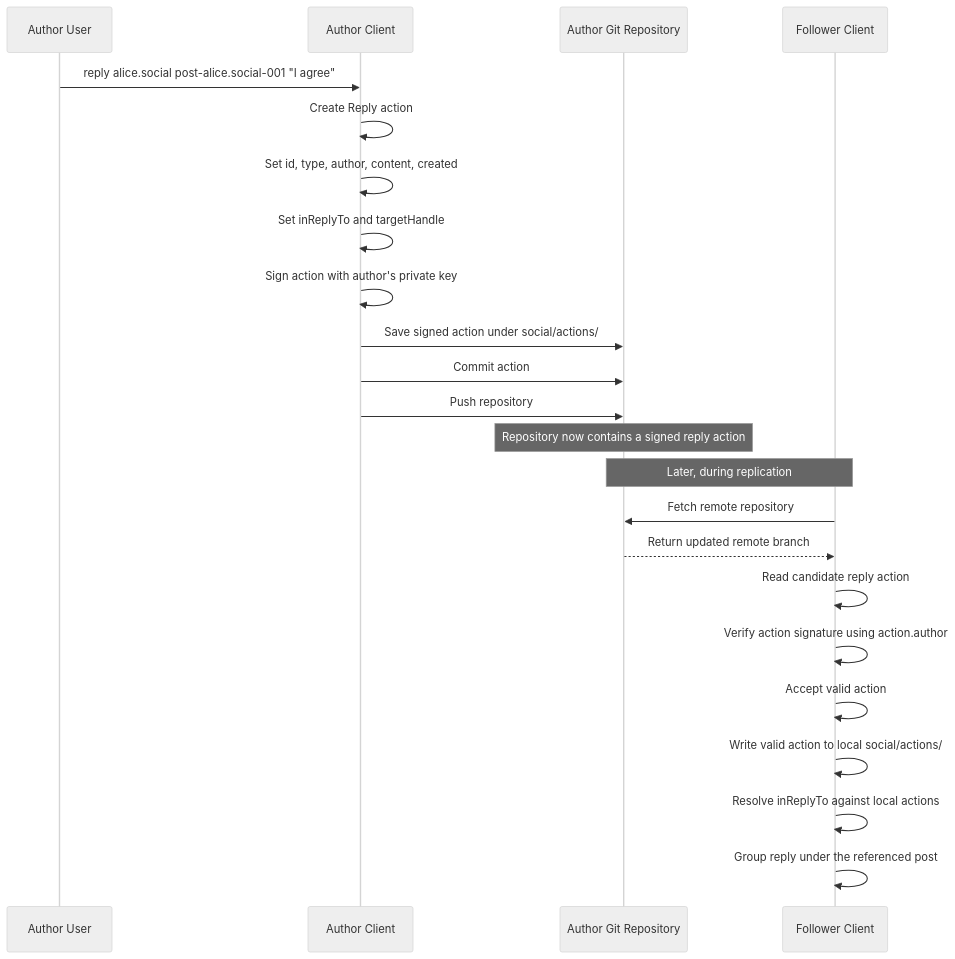
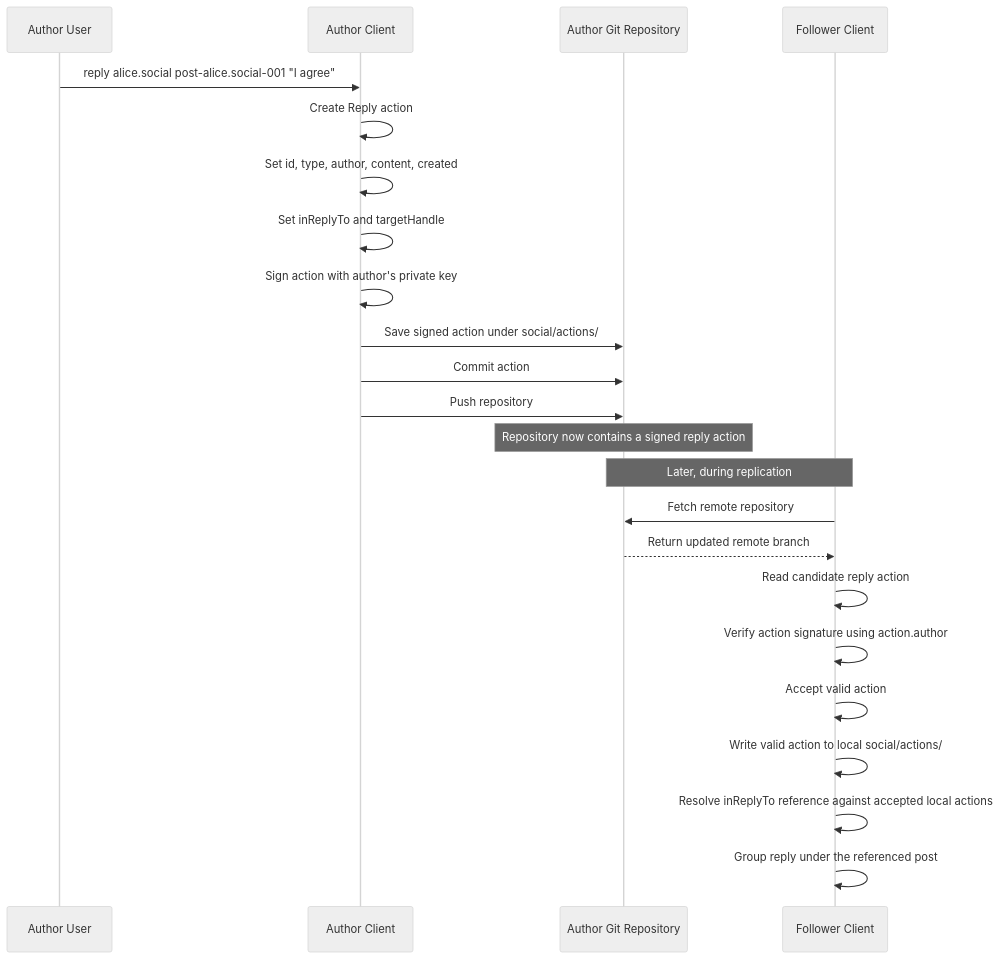
One commit to gargster/ELEC4712_Decentralised_Blog changed the third of 6 diagrams in latest_design.md. Above: the diagram before and after it, drawn with Mermaid (neutral theme). The commit also changed other lines of this file, not shown here.

First line of the commit message:
refine protocol workflow diagrams

````diff
--- a/latest_design.md
+++ b/latest_design.md
@@ -70,32 +70,32 @@
 ```mermaid
 sequenceDiagram
     participant Author as Author User
     participant Client as Author Client
     participant Repo as Author Git Repository
     participant Follower as Follower Client
 
     Author->>Client: reply alice.social post-alice.social-001 "I agree"
 
     Client->>Client: Create Reply action
     Client->>Client: Set id, type, author, content, created
     Client->>Client: Set inReplyTo and targetHandle
     Client->>Client: Sign action with author's private key
 
     Client->>Repo: Save signed action under social/actions/
     Client->>Repo: Commit action
     Client->>Repo: Push repository
 
     Note over Repo: Repository now contains a signed reply action
     Note over Repo,Follower: Later, during replication
 
     Follower->>Repo: Fetch remote repository
     Repo-->>Follower: Return updated remote branch
 
     Follower->>Follower: Read candidate reply action
     Follower->>Follower: Verify action signature using action.author
     Follower->>Follower: Accept valid action
     Follower->>Follower: Write valid action to local social/actions/
 
-    Follower->>Follower: Resolve inReplyTo against local actions
+    Follower->>Follower: Resolve inReplyTo reference against accepted local actions
     Follower->>Follower: Group reply under the referenced post
 ```
````
